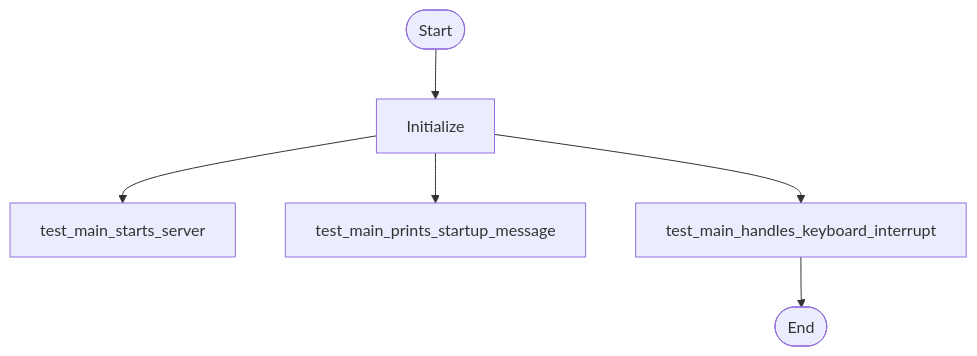
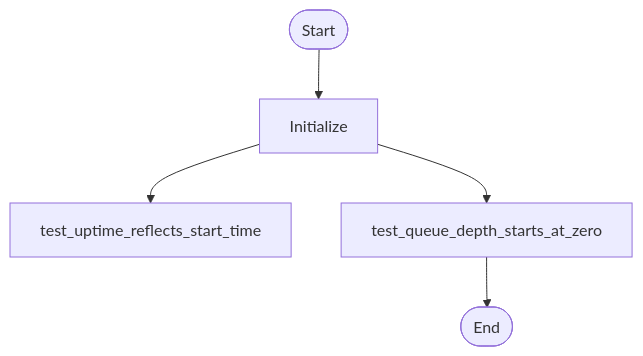
One commit to zepfu/llama-gguf-inference changed the first of 8 diagrams in docs/auto/ARCHITECTURE_AUTO.md. Above: the diagram before and after it, drawn with Mermaid. The commit also changed other lines of this file and 2 other files, not shown here.

````diff
--- a/docs/auto/ARCHITECTURE_AUTO.md
+++ b/docs/auto/ARCHITECTURE_AUTO.md
@@ -27,8 +27,7 @@
 ```mermaid
 flowchart TD
     Start([Start]) --> Init[Initialize]
-    Init --> testmainstartsserver[test_main_starts_server]
-    Init --> testmainprintsstartupmessage[test_main_prints_startup_message]
-    Init --> testmainhandleskeyboardinterrupt[test_main_handles_keyboard_interrupt]
-    testmainhandleskeyboardinterrupt --> End([End])
+    Init --> testuptimereflectsstarttime[test_uptime_reflects_start_time]
+    Init --> testqueuedepthstartsatzero[test_queue_depth_starts_at_zero]
+    testqueuedepthstartsatzero --> End([End])
 ```
````
